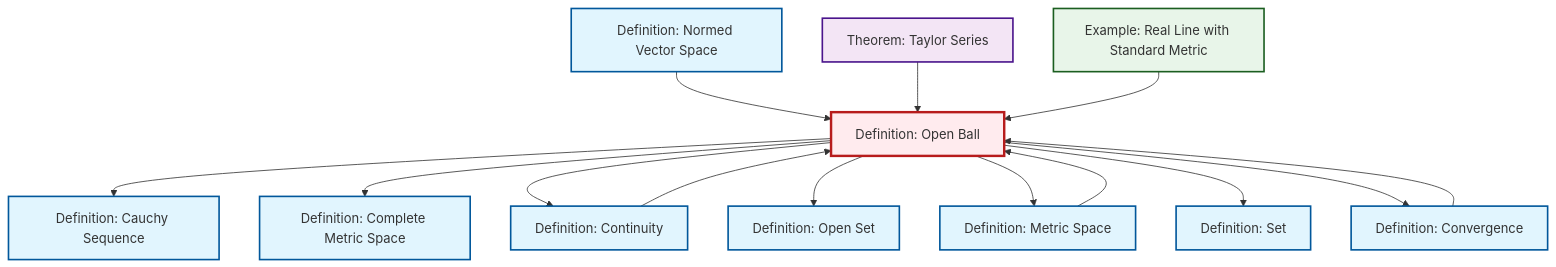
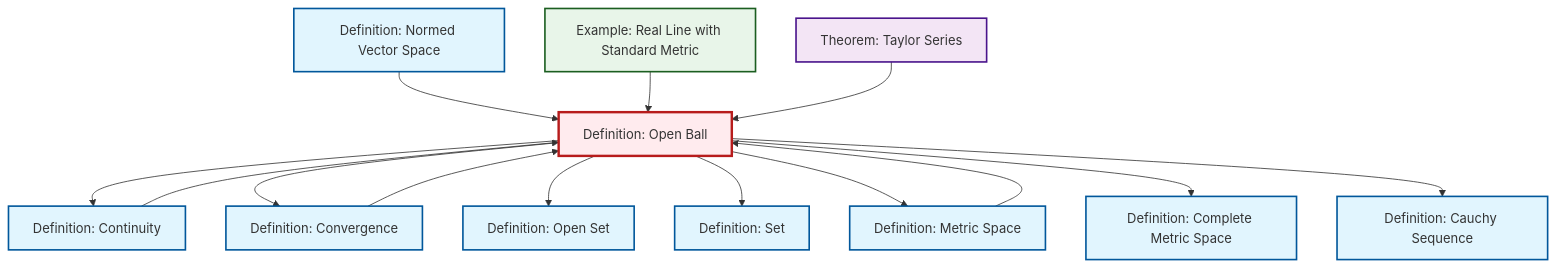
The diagram in content/en/analysis/def-open-ball.qmd (RK0429/ModernMath), drawn with Mermaid before and after one commit. The commit also changed other lines of this file and 328 other files, not shown here.

````diff
--- a/content/en/analysis/def-open-ball.qmd
+++ b/content/en/analysis/def-open-ball.qmd
@@ -89,44 +89,44 @@
 ```{mermaid}
 %%| fig-cap: "Local dependency graph"
 graph TD
     classDef definition fill:#e1f5fe,stroke:#01579b,stroke-width:2px
     classDef theorem fill:#f3e5f5,stroke:#4a148c,stroke-width:2px
     classDef axiom fill:#fff3e0,stroke:#e65100,stroke-width:2px
     classDef example fill:#e8f5e9,stroke:#1b5e20,stroke-width:2px
     classDef current fill:#ffebee,stroke:#b71c1c,stroke-width:3px
+    def-open-ball["Definition: Open Ball"]:::definition
+    def-open-set["Definition: Open Set"]:::definition
+    ex-real-line-metric["Example: Real Line with Standard Metric"]:::example
+    def-normed-vector-space["Definition: Normed Vector Space"]:::definition
+    def-complete-metric-space["Definition: Complete Metric Space"]:::definition
+    def-convergence["Definition: Convergence"]:::definition
+    def-set["Definition: Set"]:::definition
+    thm-taylor-series["Theorem: Taylor Series"]:::theorem
     def-cauchy-sequence["Definition: Cauchy Sequence"]:::definition
-    def-set["Definition: Set"]:::definition
-    ex-real-line-metric["Example: Real Line with Standard Metric"]:::example
     def-metric-space["Definition: Metric Space"]:::definition
-    def-convergence["Definition: Convergence"]:::definition
-    def-open-ball["Definition: Open Ball"]:::definition
-    def-complete-metric-space["Definition: Complete Metric Space"]:::definition
-    thm-taylor-series["Theorem: Taylor Series"]:::theorem
-    def-normed-vector-space["Definition: Normed Vector Space"]:::definition
     def-continuity["Definition: Continuity"]:::definition
-    def-open-set["Definition: Open Set"]:::definition
+    def-normed-vector-space --> def-open-ball
+    def-open-ball --> def-continuity
+    def-open-ball --> def-convergence
+    def-open-ball --> def-open-set
+    def-open-ball --> def-set
+    ex-real-line-metric --> def-open-ball
+    thm-taylor-series --> def-open-ball
+    def-continuity --> def-open-ball
+    def-open-ball --> def-metric-space
+    def-open-ball --> def-complete-metric-space
+    def-open-ball --> def-cauchy-sequence
+    def-convergence --> def-open-ball
     def-metric-space --> def-open-ball
-    def-open-ball --> def-cauchy-sequence
-    def-normed-vector-space --> def-open-ball
-    def-continuity --> def-open-ball
-    def-open-ball --> def-complete-metric-space
-    def-open-ball --> def-continuity
-    thm-taylor-series --> def-open-ball
-    def-open-ball --> def-open-set
-    def-open-ball --> def-metric-space
-    ex-real-line-metric --> def-open-ball
-    def-convergence --> def-open-ball
-    def-open-ball --> def-set
-    def-open-ball --> def-convergence
     class def-open-ball current
+    click def-open-set "def-open-set.html" "Go to Open Set definition"
+    click ex-real-line-metric "ex-real-line-metric.html" "Go to Real Line with Standard Metric example"
+    click def-normed-vector-space "def-normed-vector-space.html" "Go to Normed Vector Space definition"
+    click def-complete-metric-space "def-complete-metric-space.html" "Go to Complete Metric Space definition"
+    click def-convergence "def-convergence.html" "Go to Convergence definition"
+    click def-set "def-set.html" "Go to Set definition"
+    click thm-taylor-series "thm-taylor-series.html" "Go to Taylor Series theorem"
     click def-cauchy-sequence "def-cauchy-sequence.html" "Go to Cauchy Sequence definition"
-    click def-set "def-set.html" "Go to Set definition"
-    click ex-real-line-metric "ex-real-line-metric.html" "Go to Real Line with Standard Metric example"
     click def-metric-space "def-metric-space.html" "Go to Metric Space definition"
-    click def-convergence "def-convergence.html" "Go to Convergence definition"
-    click def-complete-metric-space "def-complete-metric-space.html" "Go to Complete Metric Space definition"
-    click thm-taylor-series "thm-taylor-series.html" "Go to Taylor Series theorem"
-    click def-normed-vector-space "def-normed-vector-space.html" "Go to Normed Vector Space definition"
     click def-continuity "def-continuity.html" "Go to Continuity definition"
-    click def-open-set "def-open-set.html" "Go to Open Set definition"
 ```
````
